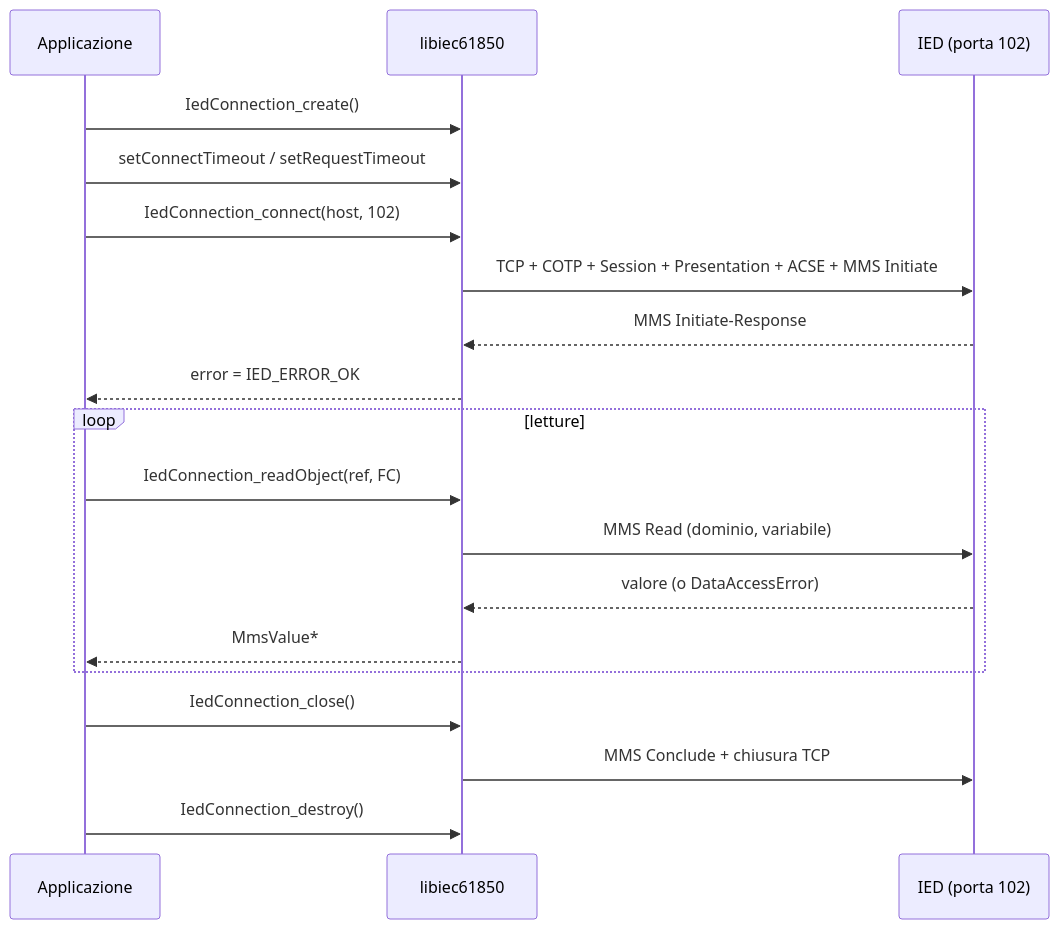
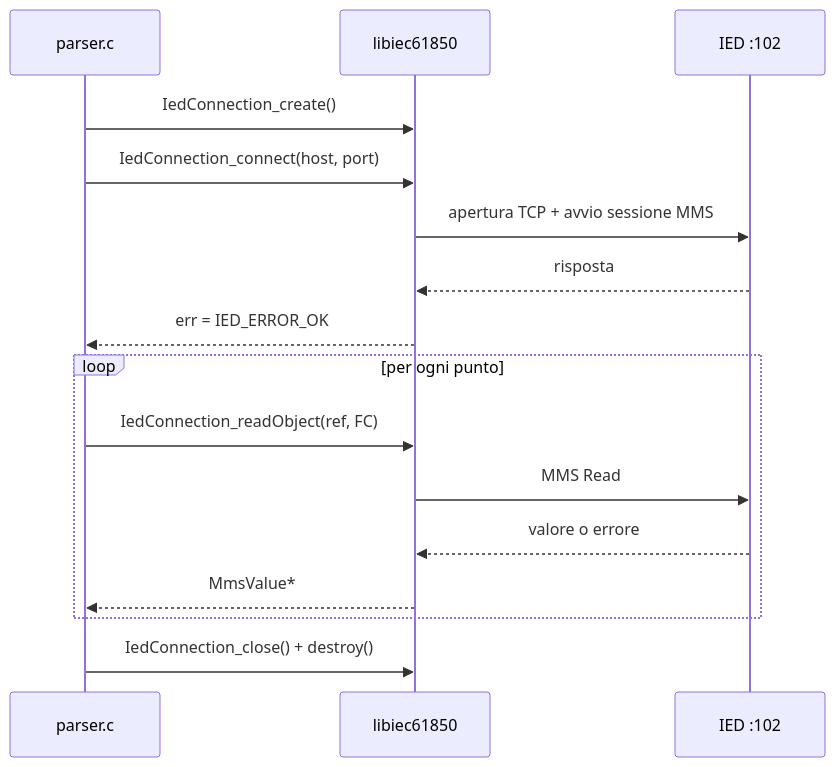
Before and after one commit to Anzokk/TesiLaurea: the second of 3 diagrams in IedAnalizer/docs/libiec61850.md, drawn with Mermaid. The commit also changed other lines of this file, not shown here.

````diff
--- a/IedAnalizer/docs/libiec61850.md
+++ b/IedAnalizer/docs/libiec61850.md
@@ -154,21 +125,18 @@
 ```mermaid
 sequenceDiagram
-    participant A as Applicazione
+    participant P as parser.c
     participant L as libiec61850
-    participant I as IED (porta 102)
-    A->>L: IedConnection_create()
-    A->>L: setConnectTimeout / setRequestTimeout
-    A->>L: IedConnection_connect(host, 102)
-    L->>I: TCP + COTP + Session + Presentation + ACSE + MMS Initiate
-    I-->>L: MMS Initiate-Response
-    L-->>A: error = IED_ERROR_OK
-    loop letture
-        A->>L: IedConnection_readObject(ref, FC)
-        L->>I: MMS Read (dominio, variabile)
-        I-->>L: valore (o DataAccessError)
-        L-->>A: MmsValue*
+    participant I as IED :102
+    P->>L: IedConnection_create()
+    P->>L: IedConnection_connect(host, port)
+    L->>I: apertura TCP + avvio sessione MMS
+    I-->>L: risposta
+    L-->>P: err = IED_ERROR_OK
+    loop per ogni punto
+        P->>L: IedConnection_readObject(ref, FC)
+        L->>I: MMS Read
+        I-->>L: valore o errore
+        L-->>P: MmsValue*
     end
-    A->>L: IedConnection_close()
-    L->>I: MMS Conclude + chiusura TCP
-    A->>L: IedConnection_destroy()
+    P->>L: IedConnection_close() + destroy()
 ```
````
